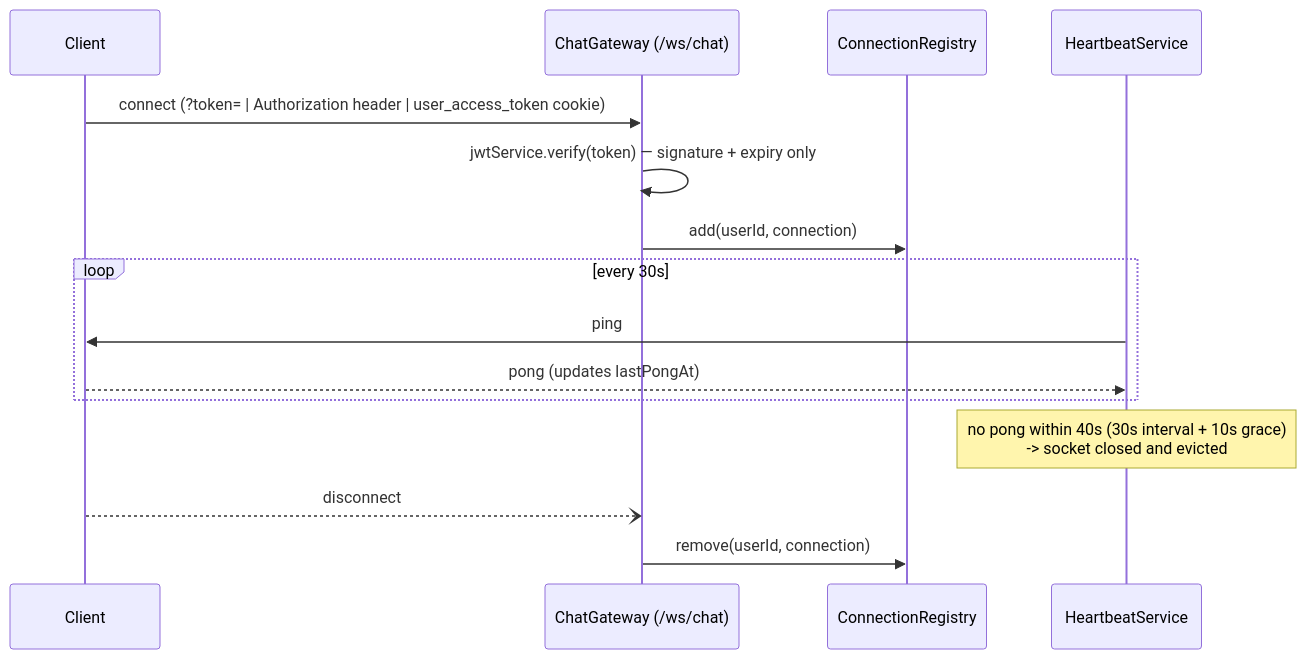
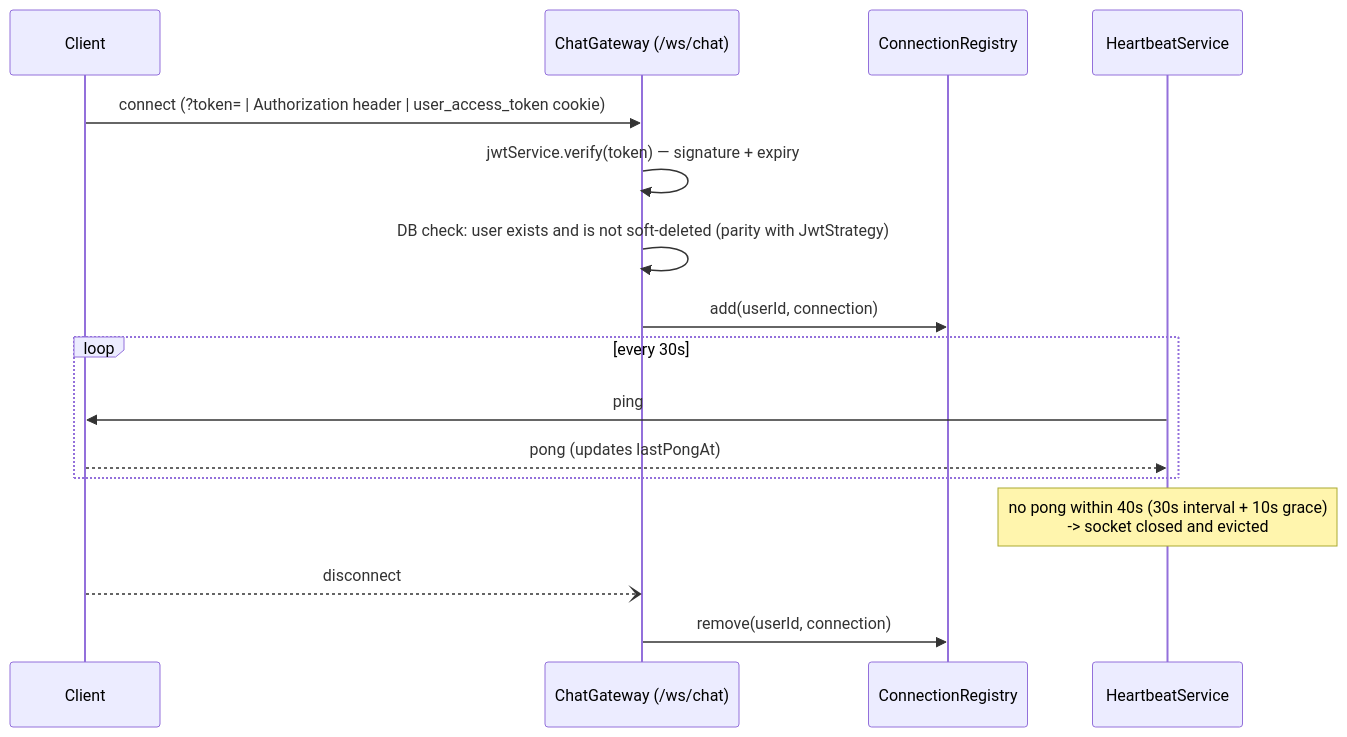
Before and after one commit to SovannrothEang/e-phsar-khmer: the third of 3 diagrams in apps/backend/src/chat/README.md, drawn with Mermaid. The commit also changed other lines of this file and 13 other files, not shown here.

````diff
--- a/apps/backend/src/chat/README.md
+++ b/apps/backend/src/chat/README.md
@@ -111,18 +118,19 @@
 ```mermaid
 sequenceDiagram
     participant Client
     participant WS as ChatGateway (/ws/chat)
     participant Reg as ConnectionRegistry
     participant HB as HeartbeatService
 
     Client->>WS: connect (?token= | Authorization header | user_access_token cookie)
-    WS->>WS: jwtService.verify(token) — signature + expiry only
+    WS->>WS: jwtService.verify(token) — signature + expiry
+    WS->>WS: DB check: user exists and is not soft-deleted (parity with JwtStrategy)
     WS->>Reg: add(userId, connection)
     loop every 30s
         HB->>Client: ping
         Client-->>HB: pong (updates lastPongAt)
     end
     Note over HB: no pong within 40s (30s interval + 10s grace)<br/>-> socket closed and evicted
     Client--)WS: disconnect
     WS->>Reg: remove(userId, connection)
 ```
````
